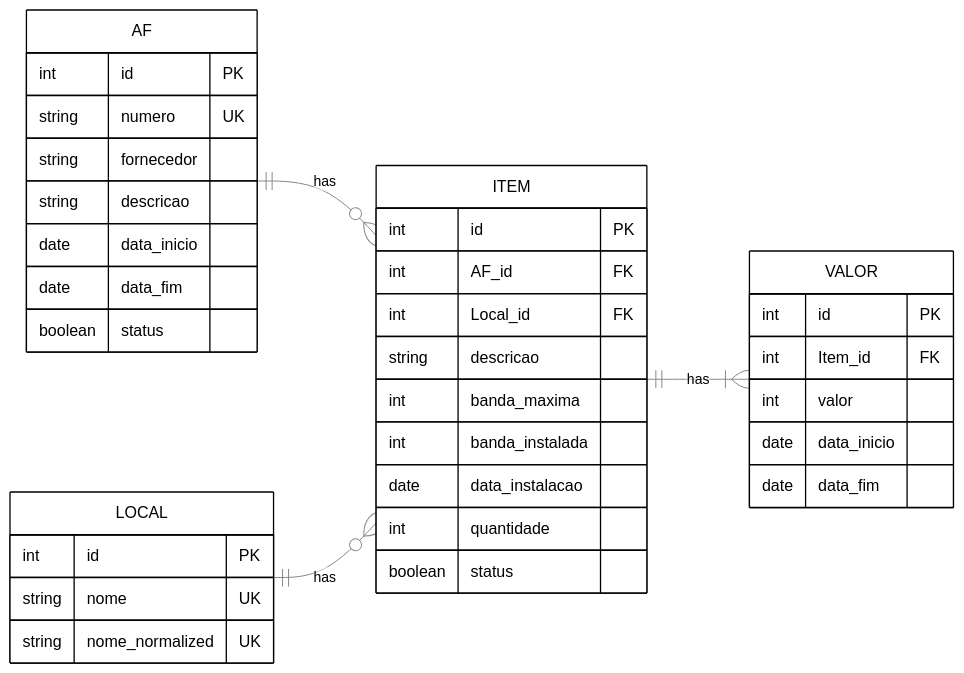
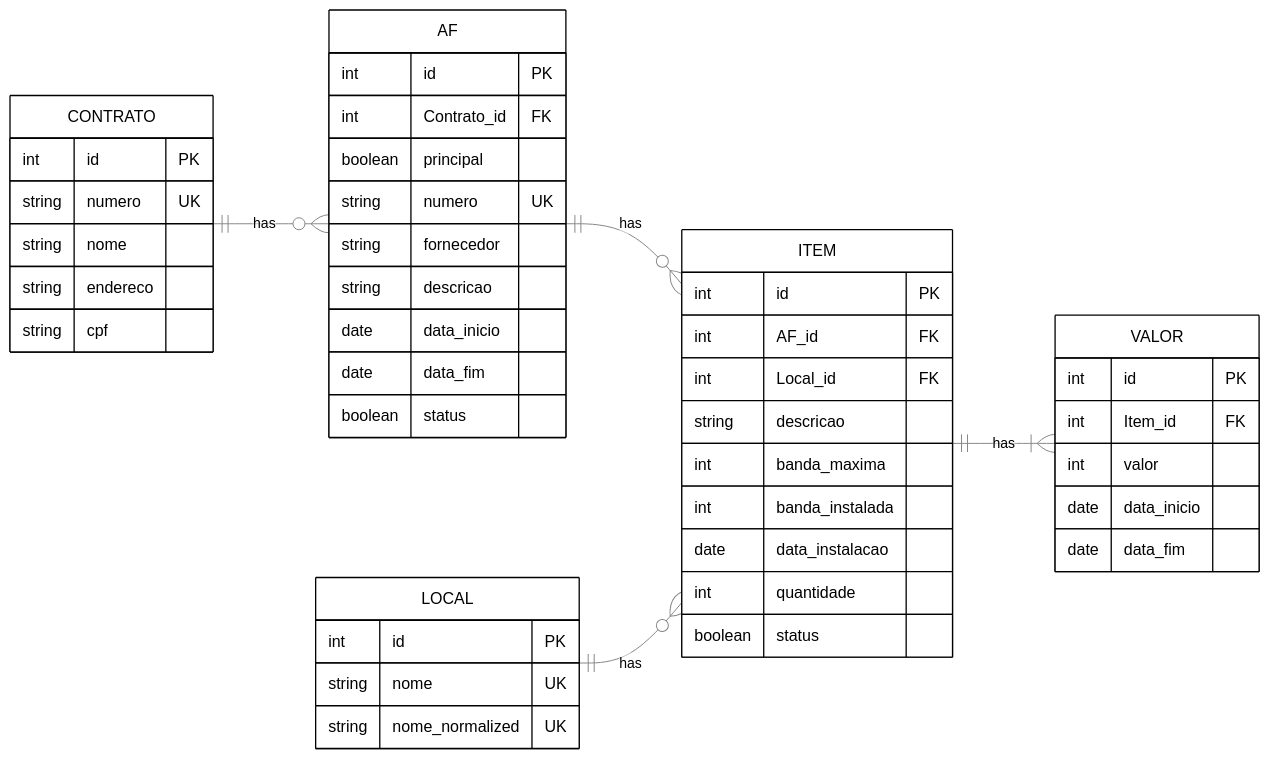
One commit to r-malon/sgaf-js changed the diagram in README.md. Above: the diagram before and after it, drawn with Mermaid. The commit also changed 4 other files, not shown here.

````diff
--- a/README.md
+++ b/README.md
@@ -4,40 +4,50 @@
 ```mermaid
 %%{init: {'theme': 'base', 'themeVariables': {'fontFamily': 'monospace', 'primaryColor': '#ffffff', 'primaryTextColor': '#000000', 'primaryBorderColor': '#000000', 'lineColor': '#888888', 'secondaryColor': '#ffffff', 'tertiaryColor': '#ffffff', 'background': '#ffffff'}}}%%
 erDiagram
 	direction LR
+	CONTRATO {
+		int id PK
+		string numero UK
+		string nome
+		string endereco
+		string cpf
+	}
 	AF {
 		int id PK
+		int Contrato_id FK
+		boolean principal
 		string numero UK
 		string fornecedor
 		string descricao
 		date data_inicio
 		date data_fim
 		boolean status
 	}
 	LOCAL {
 		int id PK
 		string nome UK
 		string nome_normalized UK
 	}
 	ITEM {
 		int id PK
 		int AF_id FK
 		int Local_id FK
 		string descricao
 		int banda_maxima
 		int banda_instalada
 		date data_instalacao
 		int quantidade
 		boolean status
 	}
 	VALOR {
 		int id PK
 		int Item_id FK
 		int valor
 		date data_inicio
 		date data_fim
 	}
+	CONTRATO ||--o{ AF : has
 	AF ||--o{ ITEM : has
 	LOCAL ||--o{ ITEM : has
 	ITEM ||--|{ VALOR : has
 ```
````
